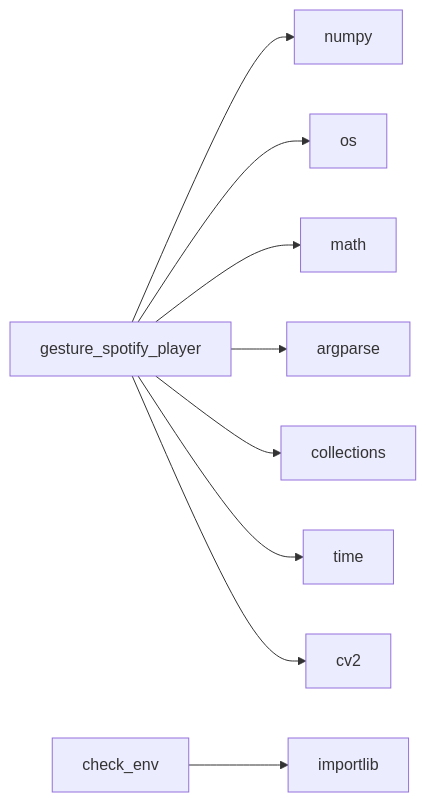
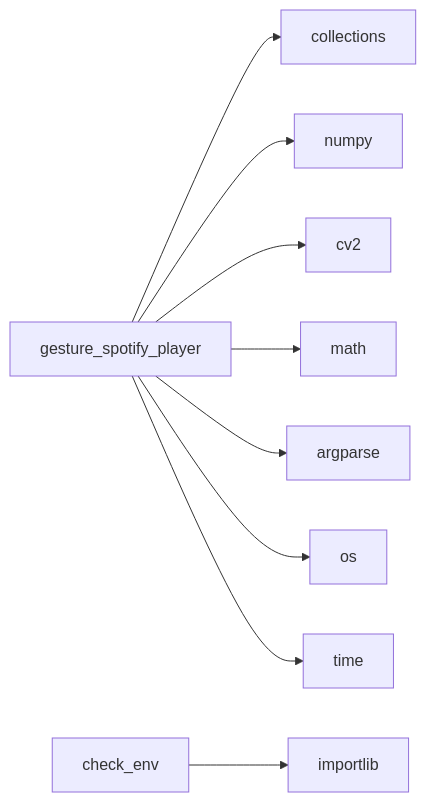
One commit to NITISH-R-G/PalmPlay1 changed the diagram in .github/docs/dependencies.md. Above: the diagram before and after it, drawn with Mermaid. The commit also changed other lines of this file and 2 other files, not shown here.

Commit message:
docs: update repository documentation and diagrams [skip ci]

````diff
--- a/.github/docs/dependencies.md
+++ b/.github/docs/dependencies.md
@@ -3,15 +3,15 @@
 ```mermaid
 graph LR
     gesture_spotify_player[gesture_spotify_player]
+    gesture_spotify_player --> collections[collections]
     gesture_spotify_player --> numpy[numpy]
-    gesture_spotify_player --> os[os]
+    gesture_spotify_player --> cv2[cv2]
     gesture_spotify_player --> math[math]
     gesture_spotify_player --> argparse[argparse]
-    gesture_spotify_player --> collections[collections]
+    gesture_spotify_player --> os[os]
     gesture_spotify_player --> time[time]
-    gesture_spotify_player --> cv2[cv2]
     check_env[check_env]
     check_env --> importlib[importlib]
     click gesture_spotify_player href "https://github.com/NITISH-R-G/PalmPlay1/blob/main/gesture_spotify_player.py" "View source code"
     click check_env href "https://github.com/NITISH-R-G/PalmPlay1/blob/main/check_env.py" "View source code"
 ```
````
